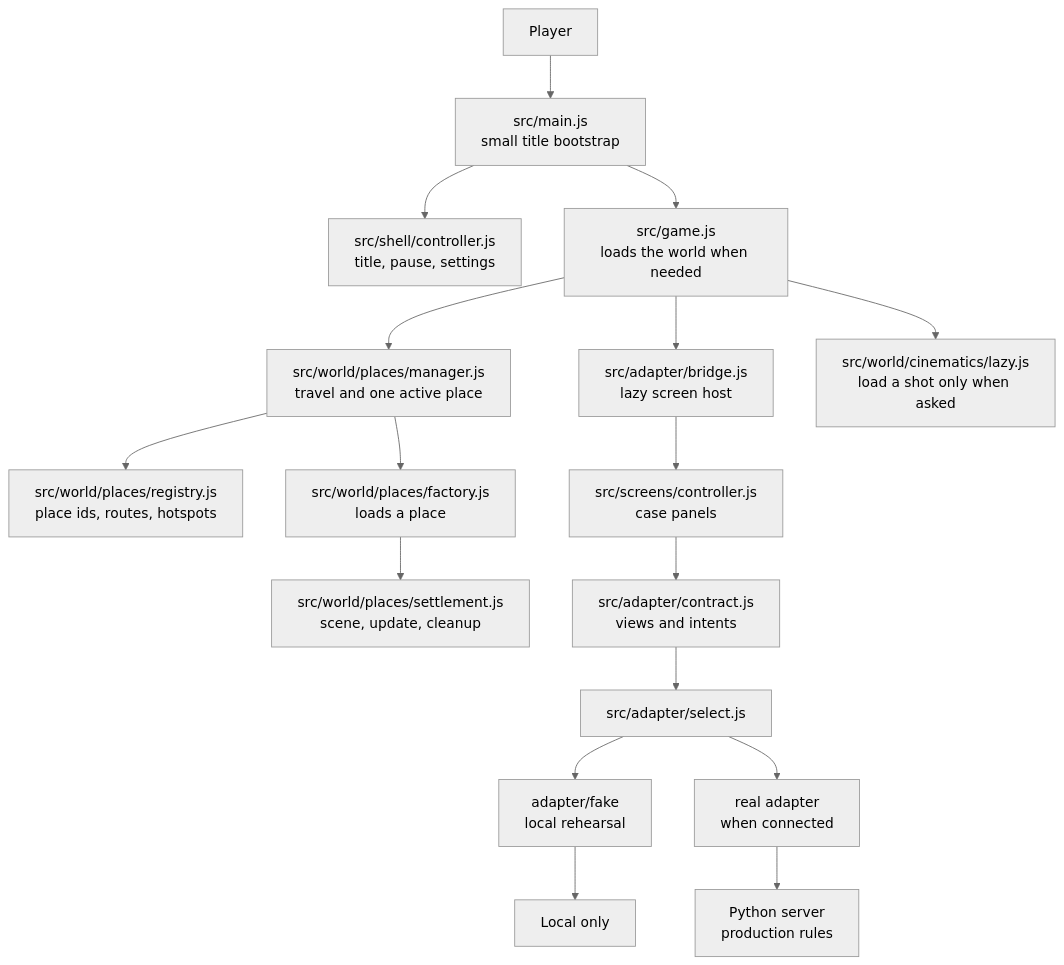
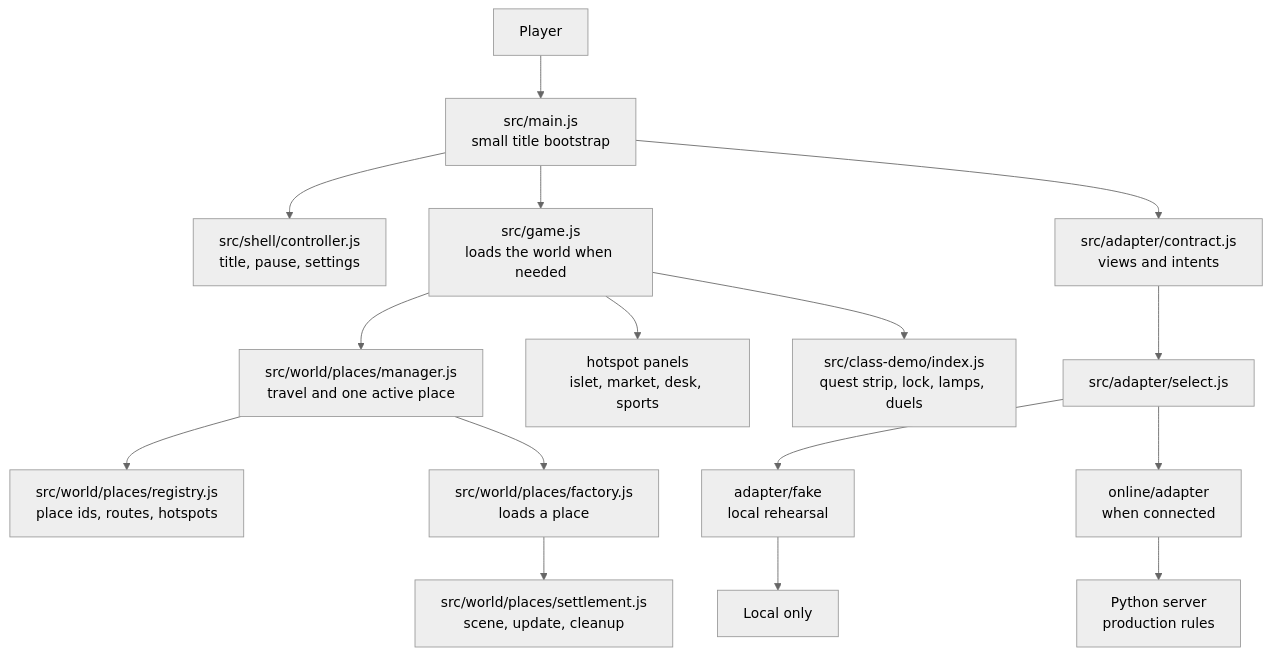
The diagram in frontend/HOW-IT-WORKS.md (Nilsnova/The-Great-Plot-Twist), drawn with Mermaid (neutral theme) before and after one commit. The commit also changed other lines of this file and 8 other files, not shown here.

````diff
--- a/frontend/HOW-IT-WORKS.md
+++ b/frontend/HOW-IT-WORKS.md
@@ -7,19 +9,18 @@
 ```mermaid
 flowchart TD
   Person[Player] --> Main[src/main.js\nsmall title bootstrap]
   Main --> Shell[src/shell/controller.js\ntitle, pause, settings]
   Main --> Game[src/game.js\nloads the world when needed]
   Game --> World[src/world/places/manager.js\ntravel and one active place]
   World --> Registry[src/world/places/registry.js\nplace ids, routes, hotspots]
   World --> Factory[src/world/places/factory.js\nloads a place]
   Factory --> Places[src/world/places/settlement.js\nscene, update, cleanup]
-  Game --> Bridge[src/adapter/bridge.js\nlazy screen host]
-  Bridge --> Screens[src/screens/controller.js\ncase panels]
-  Screens --> Contract[src/adapter/contract.js\nviews and intents]
+  Game --> Panels[hotspot panels\nislet, market, desk, sports]
+  Game --> Demo[src/class-demo/index.js\nquest strip, lock, lamps, duels]
+  Main --> Contract[src/adapter/contract.js\nviews and intents]
   Contract --> Select[src/adapter/select.js]
   Select --> Fake[adapter/fake\nlocal rehearsal]
-  Select --> Real[real adapter\nwhen connected]
-  Game --> Cinema[src/world/cinematics/lazy.js\nload a shot only when asked]
+  Select --> Real[online/adapter\nwhen connected]
   Fake --> NoGameData[Local only]
   Real --> Server[Python server\nproduction rules]
 ```
````
